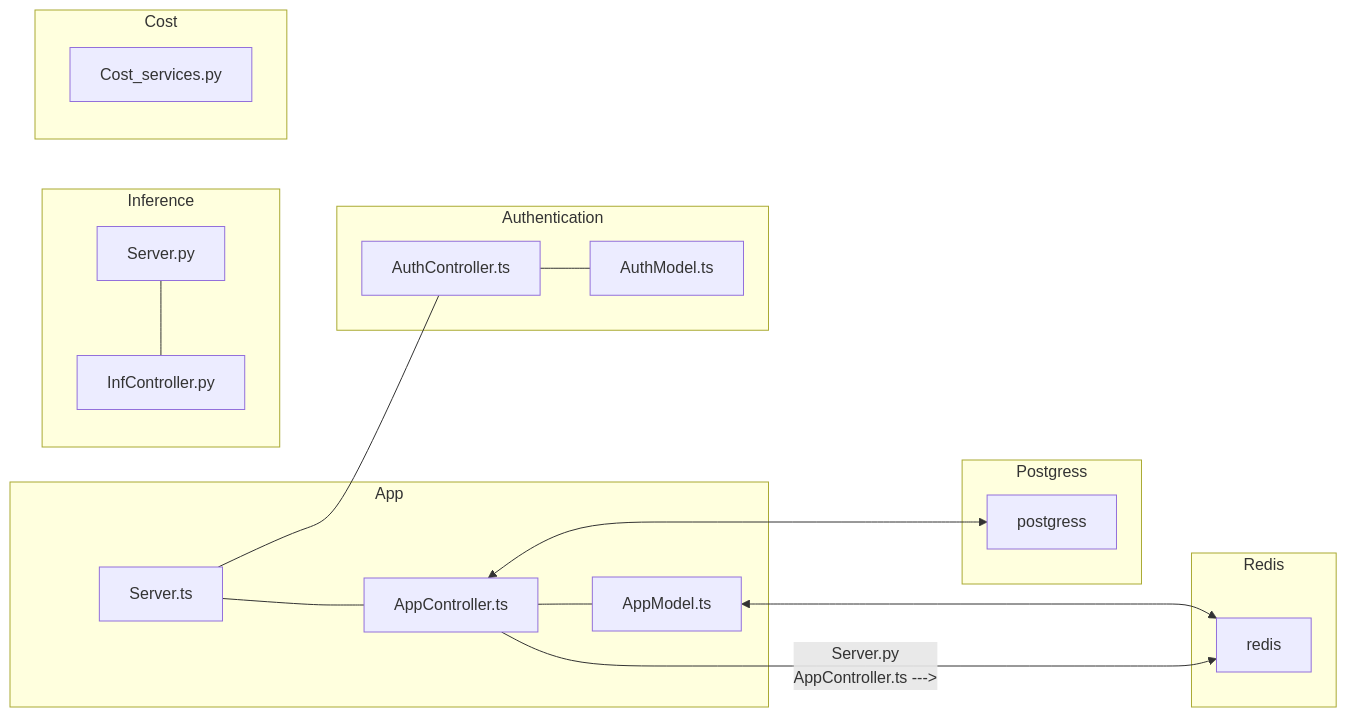
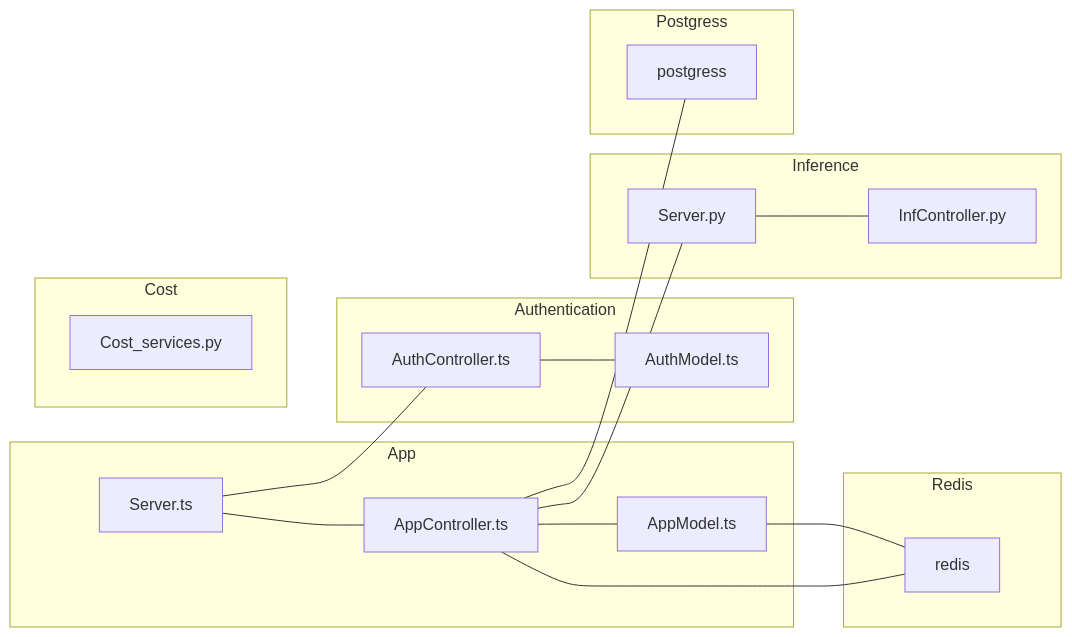
The second of 8 diagrams in README.md (AgneseBruglia/PA2024), drawn with Mermaid before and after one commit.

````diff
--- a/README.md
+++ b/README.md
@@ -30,41 +30,41 @@
 ```mermaid
 graph LR;
     subgraph App
     Server.ts --- AppController.ts 
     AppController.ts 
     AppModel.ts 
     AppController.ts --- AppModel.ts
     end
 
     subgraph Redis
     redis
     end
 
     subgraph Authentication
     Server.ts --- AuthController.ts
     AuthController.ts 
     AuthModel.ts 
     AuthController.ts --- AuthModel.ts
     end
 
     subgraph Inference
     Server.py --- InfController.py
     InfController.py
     end
 
     subgraph Postgress
     postgress
     end
 
     subgraph Cost
     Cost_services.py
     end
 
-    AppModel.ts <---> redis
-    AppController.ts <---> postgress
-    AppController.ts --->| Server.py
-    AppController.ts --->| redis
+    AppModel.ts --- redis
+    AppController.ts --- postgress
+    AppController.ts --- Server.py
+    AppController.ts --- redis
      
 
     
 ```
````
